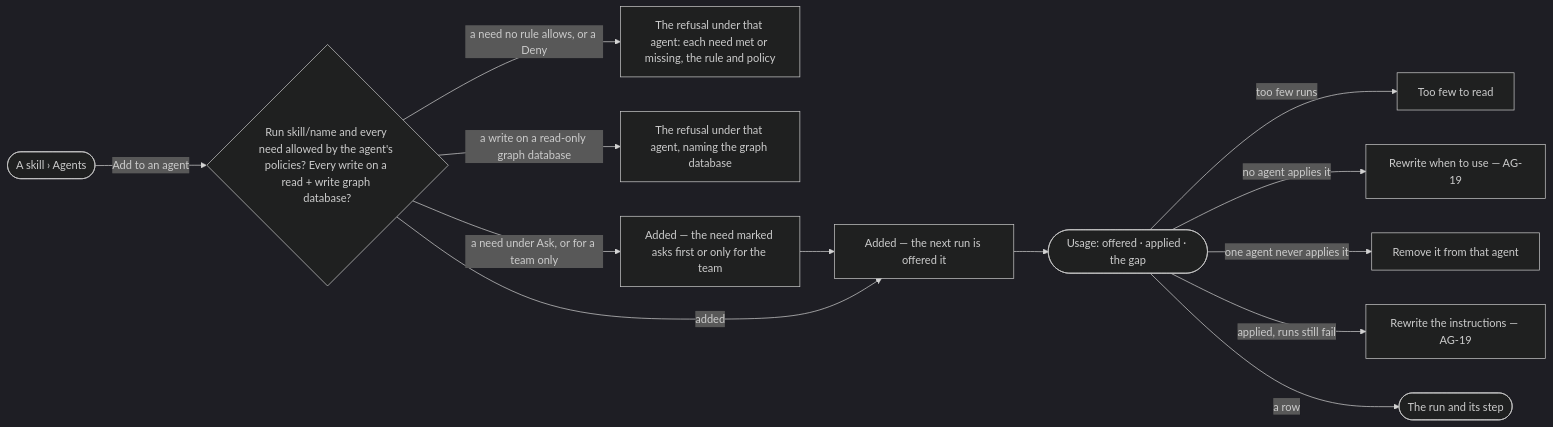
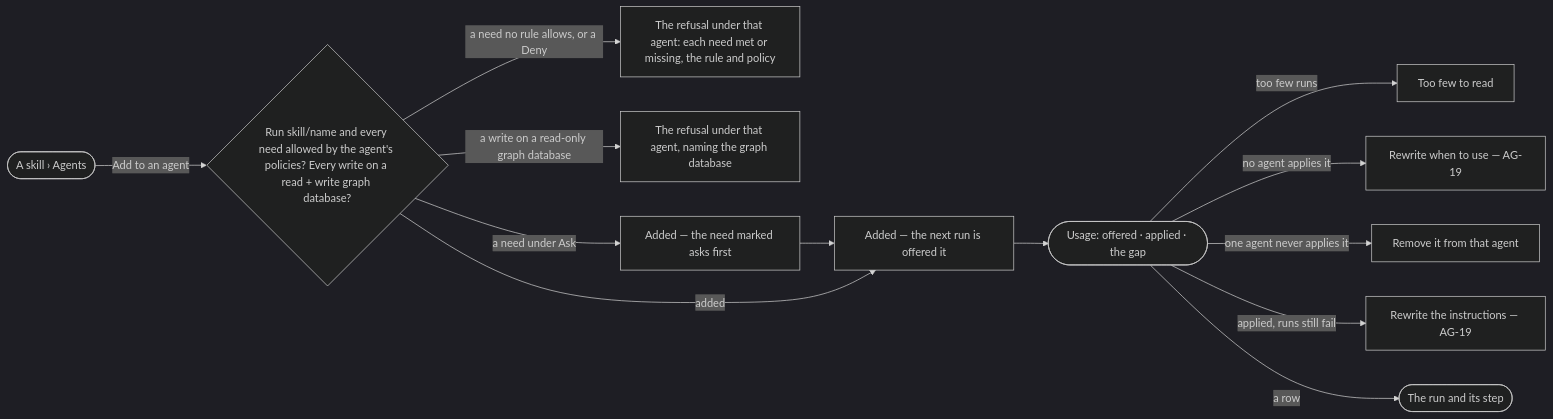
One commit to invana/invana changed the diagram in specs/capabilities/agents/features/AG-F04-skills/stories/AG-30-see-which-agents-a-skill-is-added-to-and-whether-they-use-it/story.md. Above: the diagram before and after it, drawn with Mermaid (dark theme). The commit also changed other lines of this file and 300 other files, not shown here.

````diff
--- a/specs/capabilities/agents/features/AG-F04-skills/stories/AG-30-see-which-agents-a-skill-is-added-to-and-whether-they-use-it/story.md
+++ b/specs/capabilities/agents/features/AG-F04-skills/stories/AG-30-see-which-agents-a-skill-is-added-to-and-whether-they-use-it/story.md
@@ -29,15 +30,15 @@
 ```mermaid
 flowchart LR
   a([A skill › Agents]) -->|Add to an agent| c{"Run skill/name and every need allowed by the agent's policies? Every write on a read + write graph database?"}
   c -->|a need no rule allows, or a Deny| r["The refusal under that agent: each need met or missing, the rule and policy"]
   c -->|a write on a read-only graph database| ro["The refusal under that agent, naming the graph database"]
-  c -->|a need under Ask, or for a team only| ak["Added — the need marked asks first or only for the team"]
+  c -->|a need under Ask| ak["Added — the need marked asks first"]
   ak --> b
   c -->|added| b["Added — the next run is offered it"]
   b --> u([Usage: offered · applied · the gap])
   u -->|too few runs| f["Too few to read"]
   u -->|no agent applies it| w["Rewrite when to use — AG-19"]
   u -->|one agent never applies it| rm["Remove it from that agent"]
   u -->|applied, runs still fail| ct["Rewrite the instructions — AG-19"]
   u -->|a row| run(["The run and its step"])
 ```
````
